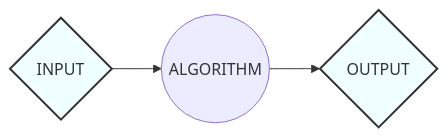
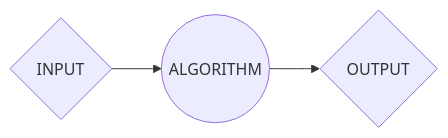
Before and after one commit to artghieri/The-C-Language: the first of 4 diagrams in README.md, drawn with Mermaid. The commit also changed other lines of this file, not shown here.

````diff
--- a/README.md
+++ b/README.md
@@ -38,8 +38,6 @@
 ```mermaid
   graph LR
     A{INPUT} --> B((ALGORITHM))
     B --> C{OUTPUT}
 
-    classDef GhostWhite fill:#F0FFFF,stroke:#333,stroke-width:2px;
-    class A,C GhostWhite
 ```
````
